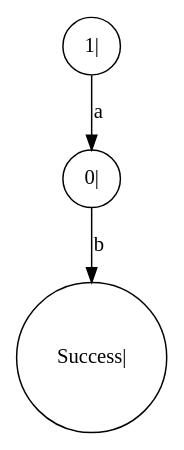
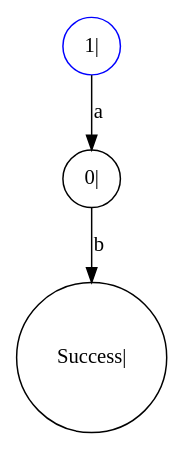
Before and after one commit to ayanamists/MyRegEngine: the diagram in MyRegEngine/bin/Debug/netcoreapp3.1/TestCaseD1.dot, drawn with Graphviz. The commit also changed 55 other files, not shown here.

```diff
--- a/MyRegEngine/bin/Debug/netcoreapp3.1/TestCaseD1.dot
+++ b/MyRegEngine/bin/Debug/netcoreapp3.1/TestCaseD1.dot
@@ -1,1 +1,1 @@
-digraph TestCaseD1 { 0 [shape=circle,label="1|"]; 1 [shape=circle,label="0|"]; 2 [shape=circle,label="Success|"]; 0 -> 1[label="a"]; 1 -> 2[label="b"]; }
+digraph TestCaseD1 { 0 [shape=circle,label="1|",color="#0000FF"]; 1 [shape=circle,label="0|",color="#000000"]; 2 [shape=circle,label="Success|",color="#000000"]; 0 -> 1[label="a"]; 1 -> 2[label="b"]; }
```
